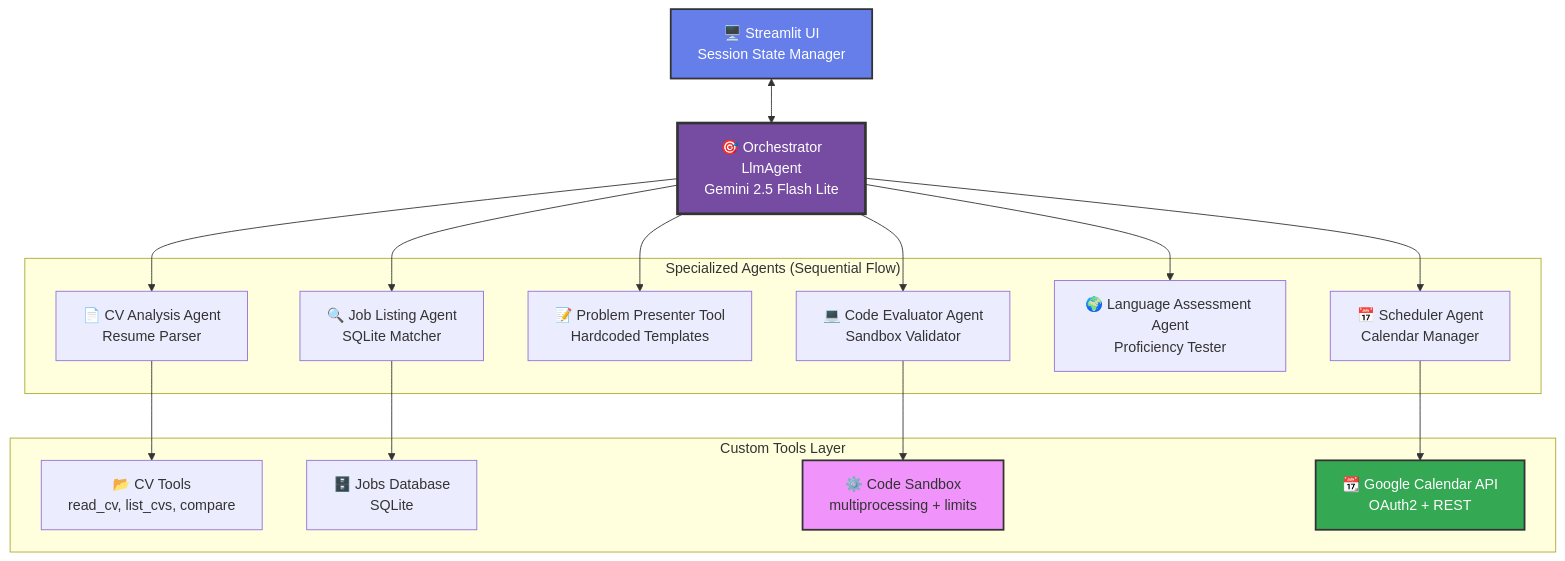
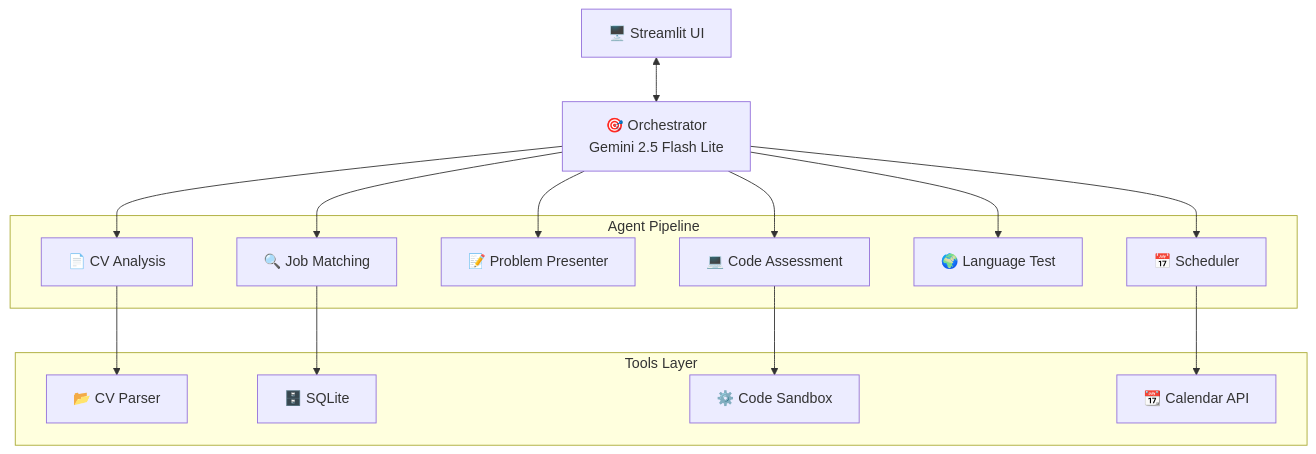
Before and after one commit to pitdagosti/agere-capstone-project-google-kaggle: the diagram in README.md, drawn with Mermaid. The commit also changed other lines of this file, not shown here.

First line of the commit message:
Update README.md to reflect enhancements in agent architecture and tool functionalities

````diff
--- a/README.md
+++ b/README.md
@@ -381,34 +190,29 @@
 ```mermaid
 graph TB
-    UI[🖥️ Streamlit UI<br/>Session State Manager]
-    ORCH[🎯 Orchestrator<br/>LlmAgent<br/>Gemini 2.5 Flash Lite]
+    UI[🖥️ Streamlit UI]
+    ORCH[🎯 Orchestrator<br/>Gemini 2.5 Flash Lite]
     
-    subgraph "Specialized Agents (Sequential Flow)"
-        CV[📄 CV Analysis Agent<br/>Resume Parser]
-        JOB[🔍 Job Listing Agent<br/>SQLite Matcher]
-        PROB[📝 Problem Presenter Tool<br/>Hardcoded Templates]
-        CODE[💻 Code Evaluator Agent<br/>Sandbox Validator]
-        LANG[🌍 Language Assessment Agent<br/>Proficiency Tester]
-        SCHED[📅 Scheduler Agent<br/>Calendar Manager]
+    subgraph "Agent Pipeline"
+        CV[📄 CV Analysis]
+        JOB[🔍 Job Matching]
+        PROB[📝 Problem Presenter]
+        CODE[💻 Code Assessment]
+        LANG[🌍 Language Test]
+        SCHED[📅 Scheduler]
     end
     
-    subgraph "Custom Tools Layer"
-        CVTOOLS[📂 CV Tools<br/>read_cv, list_cvs, compare]
-        JOBDB[🗄️ Jobs Database<br/>SQLite]
-        SANDBOX[⚙️ Code Sandbox<br/>multiprocessing + limits]
-        GCAL[📆 Google Calendar API<br/>OAuth2 + REST]
+    subgraph "Tools Layer"
+        CVTOOLS[📂 CV Parser]
+        JOBDB[🗄️ SQLite]
+        SANDBOX[⚙️ Code Sandbox]
+        GCAL[📆 Calendar API]
     end
     
     UI <--> ORCH
     ORCH --> CV --> CVTOOLS
     ORCH --> JOB --> JOBDB
     ORCH --> PROB
     ORCH --> CODE --> SANDBOX
     ORCH --> LANG
     ORCH --> SCHED --> GCAL
-    
-    style UI fill:#667eea,stroke:#333,stroke-width:2px,color:#fff
-    style ORCH fill:#764ba2,stroke:#333,stroke-width:3px,color:#fff
-    style SANDBOX fill:#f093fb,stroke:#333,stroke-width:2px
-    style GCAL fill:#34a853,stroke:#333,stroke-width:2px,color:#fff
 ```
````
